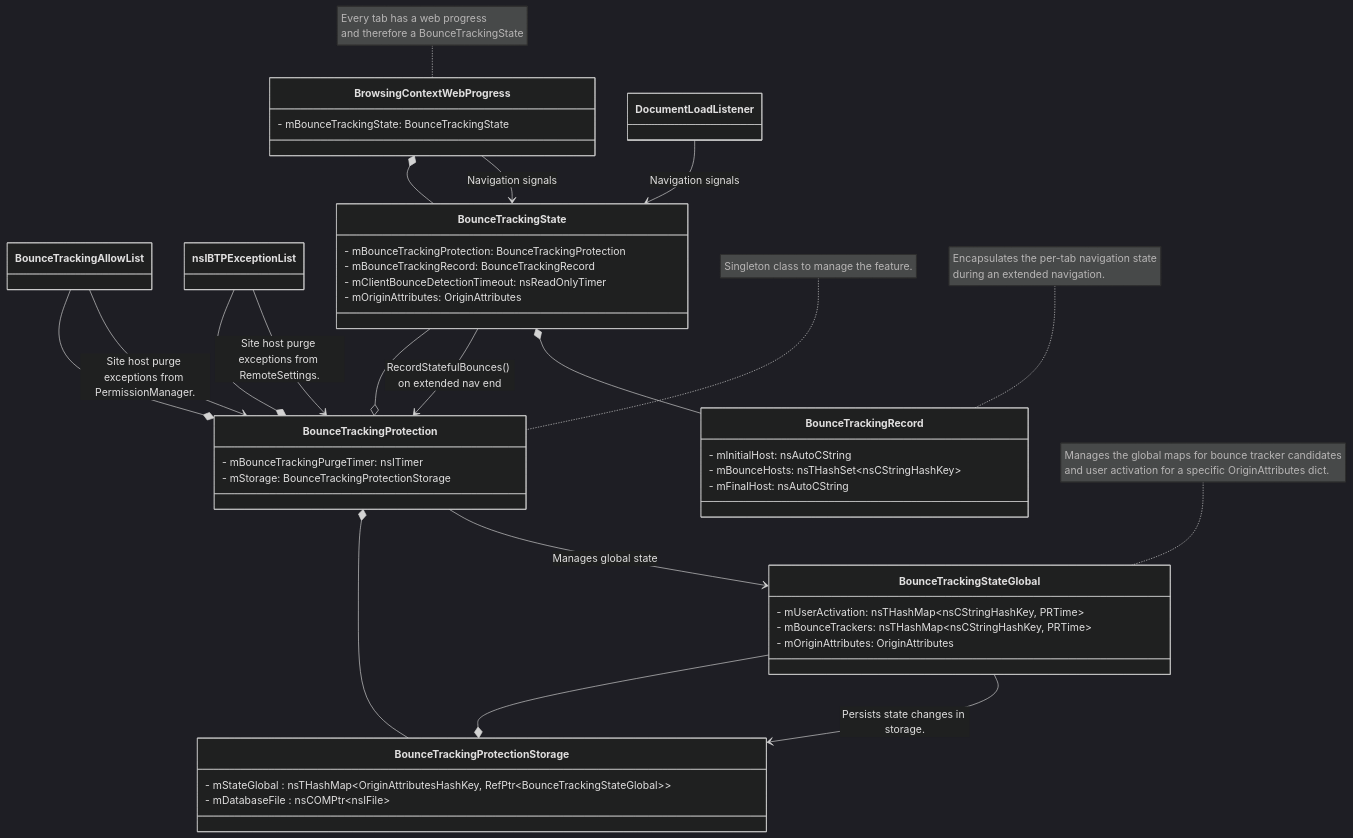
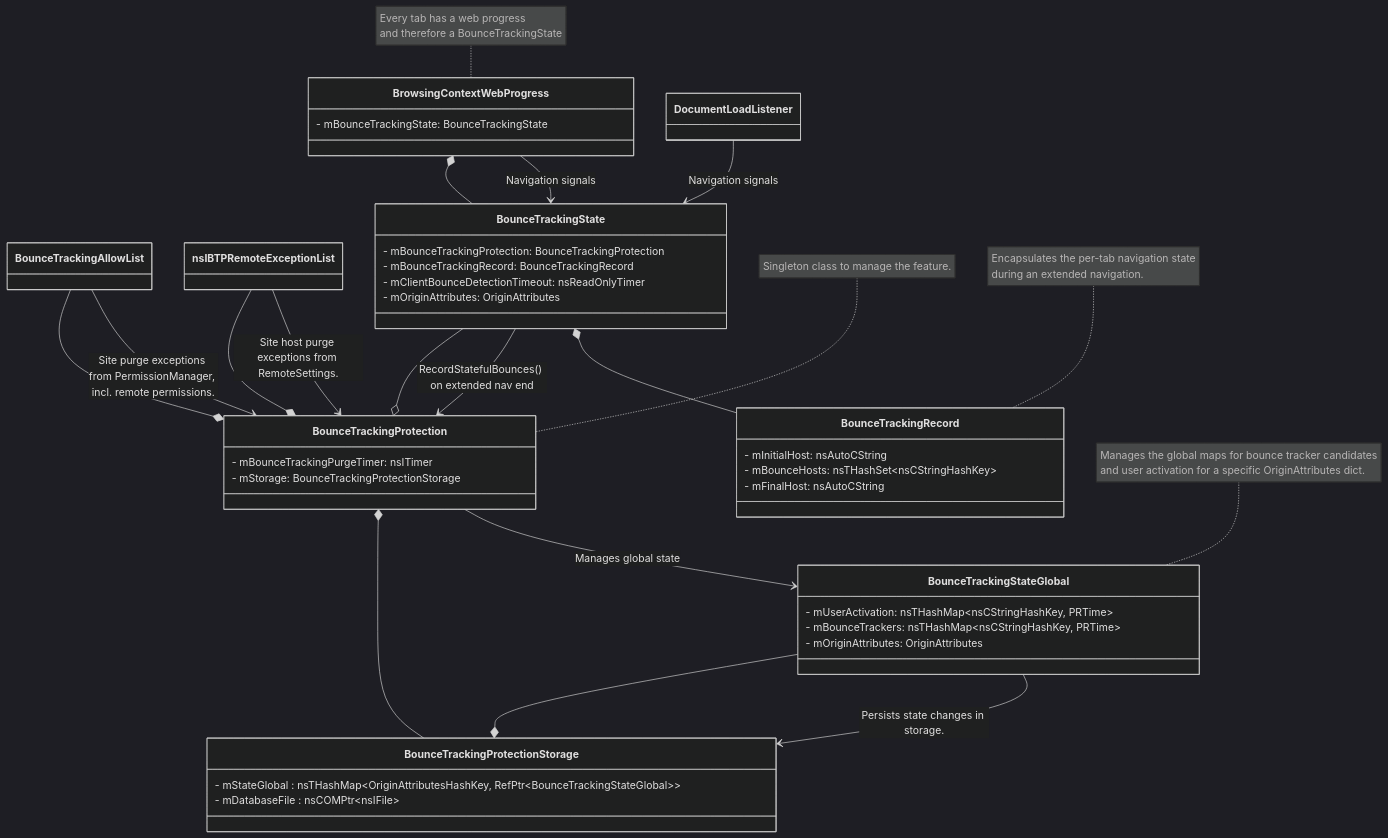
One commit to mozilla-releng/git-backing changed the diagram in toolkit/components/antitracking/docs/bounce-tracking-protection/index.md. Above: the diagram before and after it, drawn with Mermaid (dark theme). The commit also changed other lines of this file, not shown here.

Commit message:
Bug 1970347 - Document BTP purge exceptions and remote interventions. r=#anti-tracking!

````diff
--- a/toolkit/components/antitracking/docs/bounce-tracking-protection/index.md
+++ b/toolkit/components/antitracking/docs/bounce-tracking-protection/index.md
@@ -115,77 +187,77 @@
 ```{mermaid}
 classDiagram
     class BounceTrackingProtection {
         - mBounceTrackingPurgeTimer: nsITimer
         - mStorage: BounceTrackingProtectionStorage
     }
 
     note for BounceTrackingProtection "Singleton class to manage the feature."
 
     class BounceTrackingAllowList {
         <!-- [...] -->
     }
 
-    class nsIBTPExceptionList {
+    class nsIBTPRemoteExceptionList {
         <!-- Bug 1930704: Empty classes lead to build errors. Adding a comment inside the class fixes the issue -->
         <!-- [...] -->
     }
 
     class BounceTrackingStateGlobal {
         - mUserActivation: nsTHashMap&lt;nsCStringHashKey, PRTime&gt;
         - mBounceTrackers: nsTHashMap&lt;nsCStringHashKey, PRTime&gt;
         - mOriginAttributes: OriginAttributes
     }
 
     note for BounceTrackingStateGlobal "Manages the global maps for bounce tracker candidates
                                         and user activation for a specific OriginAttributes dict."
 
     class BounceTrackingProtectionStorage {
         - mStateGlobal : nsTHashMap&lt;OriginAttributesHashKey, RefPtr&lt;BounceTrackingStateGlobal&gt;&gt;
         - mDatabaseFile : nsCOMPtr&lt;nsIFile&gt;
     }
 
 
     class BounceTrackingRecord {
         - mInitialHost: nsAutoCString
         - mBounceHosts: nsTHashSet&lt;nsCStringHashKey&gt;
         - mFinalHost: nsAutoCString
     }
 
     note for BounceTrackingRecord "Encapsulates the per-tab navigation state
                                    during an extended navigation."
 
     class BounceTrackingState {
         - mBounceTrackingProtection: BounceTrackingProtection
         - mBounceTrackingRecord: BounceTrackingRecord
         - mClientBounceDetectionTimeout: nsReadOnlyTimer
         - mOriginAttributes: OriginAttributes
     }
 
 
     class BrowsingContextWebProgress {
         - mBounceTrackingState: BounceTrackingState
     }
 
 
     class DocumentLoadListener{
         <!-- [...] -->
     }
 
     note for BrowsingContextWebProgress "Every tab has a web progress
                                          and therefore a BounceTrackingState"
 
     BounceTrackingProtection *-- BounceTrackingProtectionStorage
     BounceTrackingState --o BounceTrackingProtection
     BounceTrackingState --> BounceTrackingProtection : RecordStatefulBounces() on extended nav end
     BounceTrackingState *-- BounceTrackingRecord
     BrowsingContextWebProgress *-- BounceTrackingState
     BounceTrackingStateGlobal --* BounceTrackingProtectionStorage
     BounceTrackingStateGlobal --> BounceTrackingProtectionStorage : Persists state changes in storage.
     BounceTrackingProtection --> BounceTrackingStateGlobal : Manages global state
-    nsIBTPExceptionList --* BounceTrackingProtection
-    nsIBTPExceptionList --> BounceTrackingProtection : Site host purge exceptions from RemoteSettings.
+    nsIBTPRemoteExceptionList --* BounceTrackingProtection
+    nsIBTPRemoteExceptionList --> BounceTrackingProtection : Site host purge exceptions from RemoteSettings.
     BounceTrackingAllowList --* BounceTrackingProtection
-    BounceTrackingAllowList --> BounceTrackingProtection :  Site host purge exceptions from PermissionManager.
+    BounceTrackingAllowList --> BounceTrackingProtection :  Site purge exceptions from PermissionManager, incl. remote permissions.
     BrowsingContextWebProgress --> BounceTrackingState : Navigation signals
     DocumentLoadListener --> BounceTrackingState : Navigation signals
 ```
````
